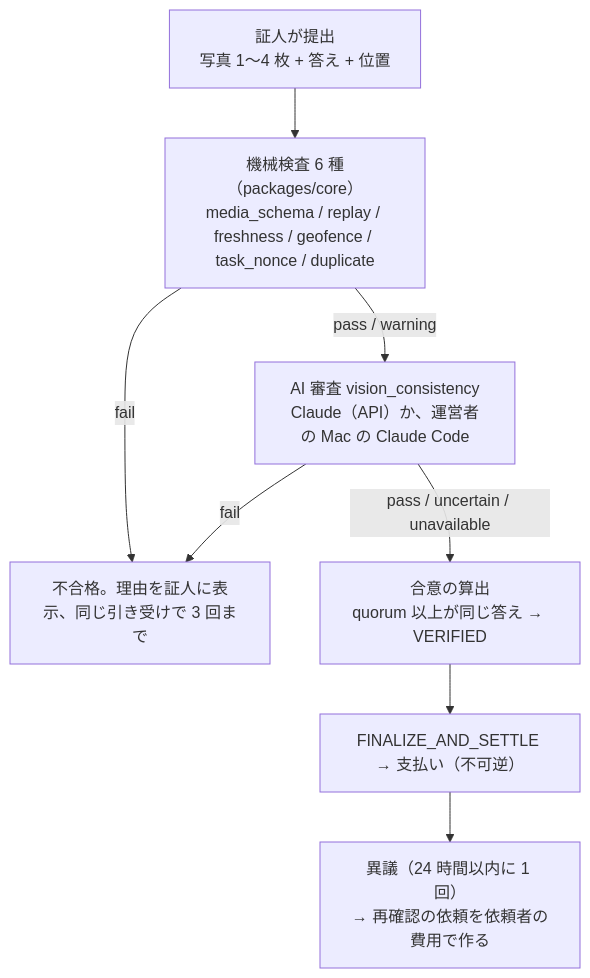
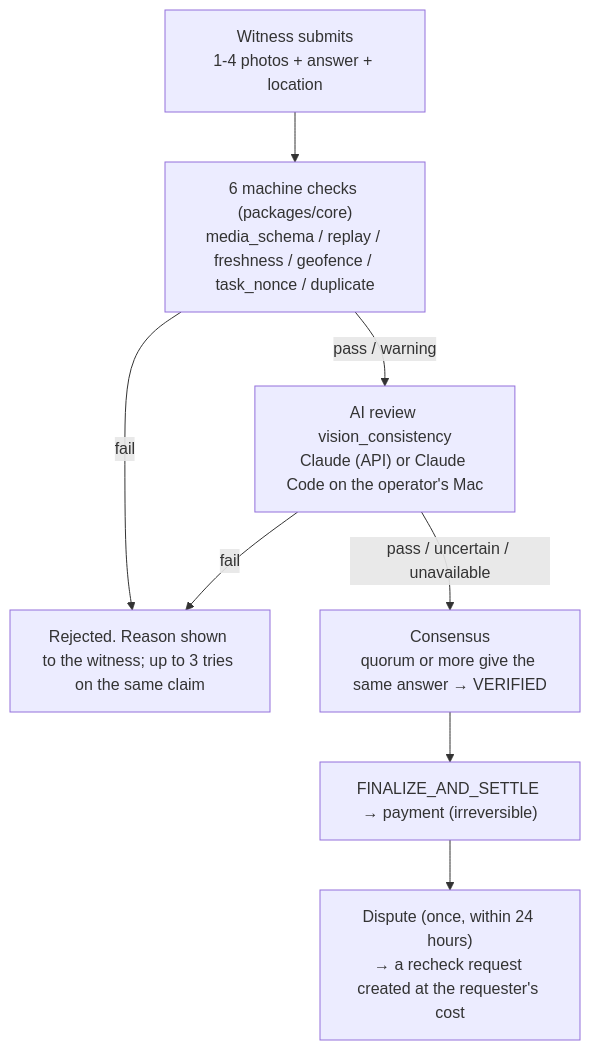
The diagram in docs/architecture/07-verification-design.md (shoripanda/proofmarket), drawn with Mermaid before and after one commit. The commit also changed other lines of this file and 17 other files, not shown here.

First line of the commit message:
docs: translate the top-level files and docs/architecture into English

````diff
--- a/docs/architecture/07-verification-design.md
+++ b/docs/architecture/07-verification-design.md
@@ -13,13 +13,13 @@
 ```mermaid
 flowchart TD
-  U["証人が提出<br/>写真 1〜4 枚 + 答え + 位置"] --> M
-  M["機械検査 6 種（packages/core）<br/>media_schema / replay / freshness / geofence / task_nonce / duplicate"]
-  M -->|fail| X1["不合格。理由を証人に表示、同じ引き受けで 3 回まで"]
+  U["Witness submits<br/>1-4 photos + answer + location"] --> M
+  M["6 machine checks (packages/core)<br/>media_schema / replay / freshness / geofence / task_nonce / duplicate"]
+  M -->|fail| X1["Rejected. Reason shown to the witness; up to 3 tries on the same claim"]
   M -->|pass / warning| AI
-  AI["AI 審査 vision_consistency<br/>Claude（API）か、運営者の Mac の Claude Code"]
+  AI["AI review vision_consistency<br/>Claude (API) or Claude Code on the operator's Mac"]
   AI -->|fail| X1
   AI -->|pass / uncertain / unavailable| C
-  C["合意の算出<br/>quorum 以上が同じ答え → VERIFIED"]
-  C --> S["FINALIZE_AND_SETTLE → 支払い（不可逆）"]
-  S --> D["異議（24 時間以内に 1 回）<br/>→ 再確認の依頼を依頼者の費用で作る"]
+  C["Consensus<br/>quorum or more give the same answer → VERIFIED"]
+  C --> S["FINALIZE_AND_SETTLE → payment (irreversible)"]
+  S --> D["Dispute (once, within 24 hours)<br/>→ a recheck request created at the requester's cost"]
 ```
````
